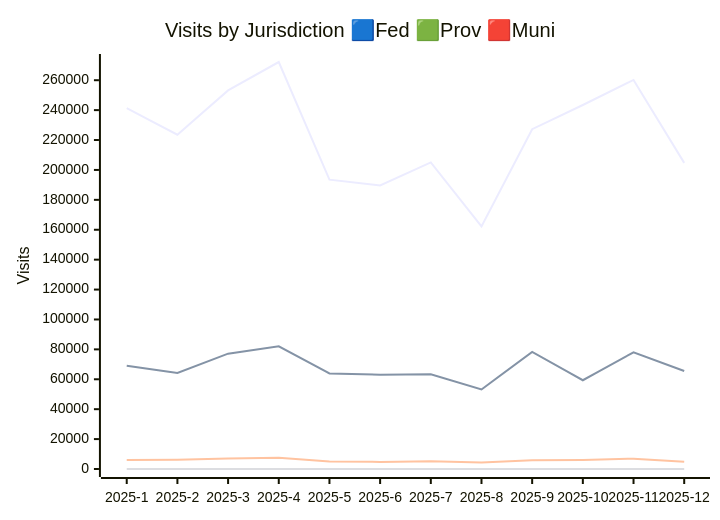
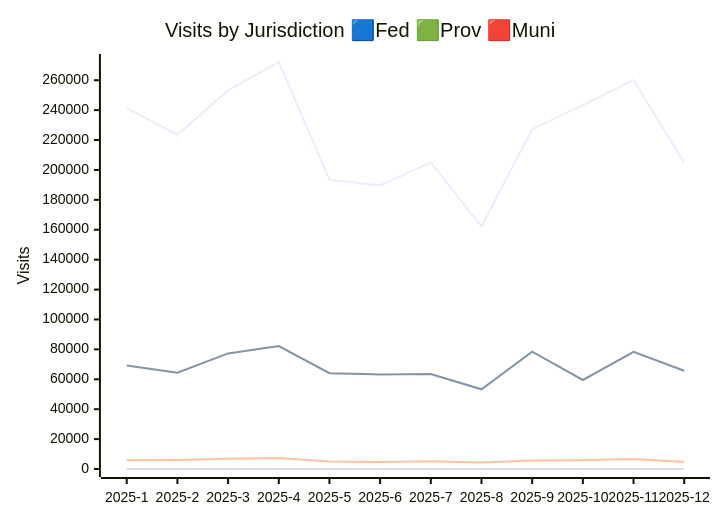
The second of 3 diagrams in JURISDICTION_ANALYTICS_REPORT/readme.md (open-data/analytics-corporate-reporting), drawn with Mermaid before and after one commit. The commit also changed other lines of this file and 3 other files, not shown here.

````diff
--- a/JURISDICTION_ANALYTICS_REPORT/readme.md
+++ b/JURISDICTION_ANALYTICS_REPORT/readme.md
@@ -27,11 +27,11 @@
 ```mermaid
 
 xychart-beta
     title "Visits by Jurisdiction 🟦Fed 🟩Prov 🟥Muni"
     x-axis [2025-1, 2025-2, 2025-3, 2025-4, 2025-5, 2025-6, 2025-7, 2025-8, 2025-9, 2025-10, 2025-11, 2025-12]
     y-axis "Visits" 0 --> 272184
     line [241281, 223560, 253204, 272174, 193520, 189613, 205048, 162241, 227241, 243414, 260165, 204721]
-    line [69107, 64203, 77115, 82079, 63929, 63114, 63329, 53168, 78346, 59359, 78072, 65505]
-    line [5948, 6234, 6993, 7564, 5052, 4744, 5256, 4401, 5808, 6100, 6934, 4827]
+    line [69271, 64355, 77293, 82236, 64030, 63215, 63457, 53283, 78457, 59525, 78296, 65683]
+    line [5784, 6082, 6815, 7407, 4951, 4643, 5128, 4286, 5697, 5934, 6710, 4649]
     line [0, 0, 0, 0, 0, 0, 0, 0, 0, 13, 7, 27]
 ```
````
